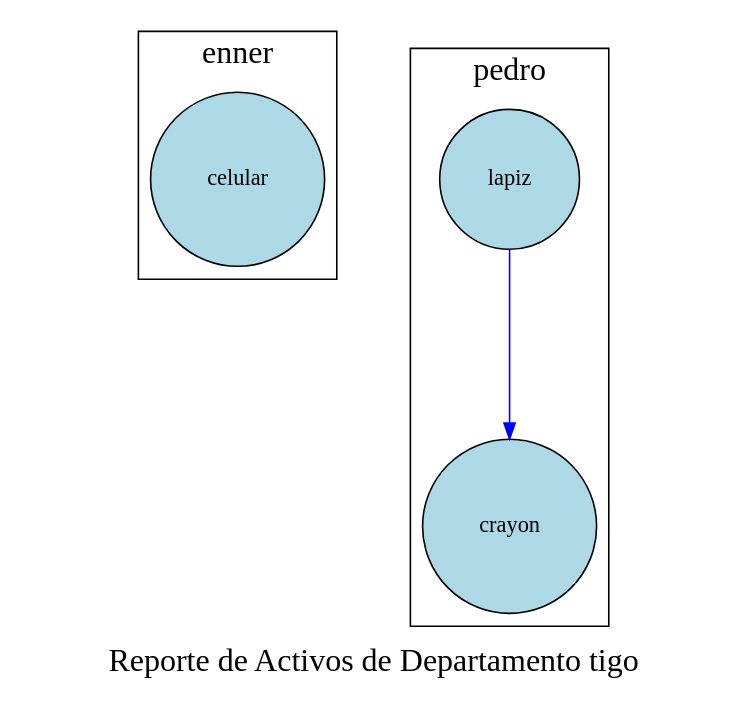
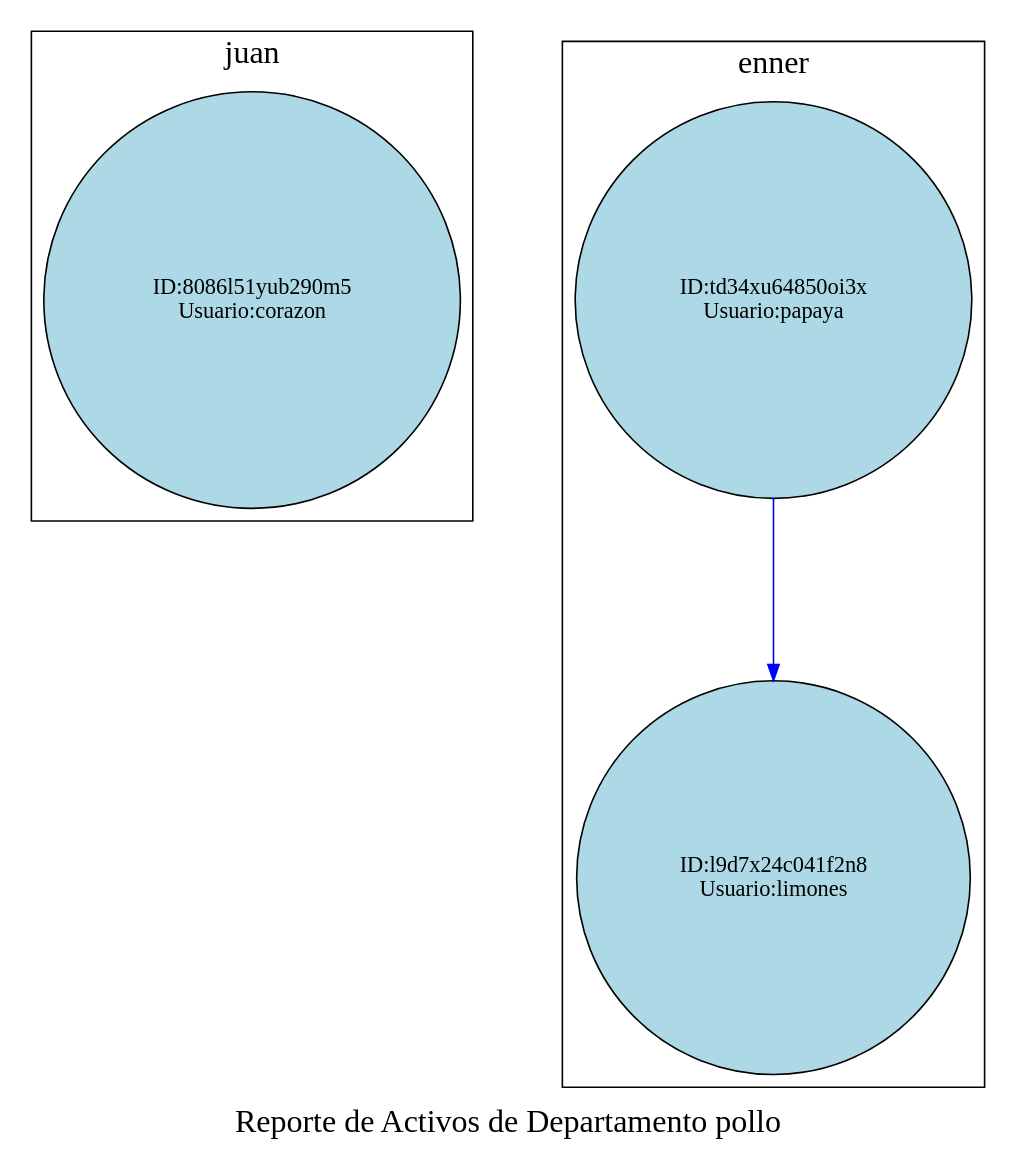
Before and after one commit to Ennero/EDD_Proyecto1_Vacas2_202302220: the diagram in Proyecto1/cmake-build-debug/reporteActivosEmpresa.dot, drawn with Graphviz. The commit also changed 21 other files, not shown here.

```diff
--- a/Proyecto1/cmake-build-debug/reporteActivosEmpresa.dot
+++ b/Proyecto1/cmake-build-debug/reporteActivosEmpresa.dot
@@ -1,16 +1,19 @@
 digraph G {
     node [shape=circle,style=filled, fillcolor=lightblue, margin=0.2];
     edge [style=solid, color=blue];
     graph [ranksep=1.5, nodesep=1];
-    graph [label="Reporte de Activos de Departamento tigo ", fontsize=20, fontcolor=black];
+    graph [label="Reporte de Activos de Departamento pollo ", fontsize=20, fontcolor=black];
+subgraph cluster_juan {
+        label="juan";
+    "8086l51yub290m5" [label="ID:8086l51yub290m5
+Usuario:corazon"];
+}
 subgraph cluster_enner {
         label="enner";
-    "2ia8l7q6y679wn2" [label="celular"];
-}
-subgraph cluster_pedro {
-        label="pedro";
-    "u49pnu5p1b5r8m3" [label="lapiz"];
-    "u49pnu5p1b5r8m3" -> "tj8x609h837xnh2";
-    "tj8x609h837xnh2" [label="crayon"];
+    "td34xu64850oi3x" [label="ID:td34xu64850oi3x
+Usuario:papaya"];
+    "td34xu64850oi3x" -> "l9d7x24c041f2n8";
+    "l9d7x24c041f2n8" [label="ID:l9d7x24c041f2n8
+Usuario:limones"];
 }
 }
```
